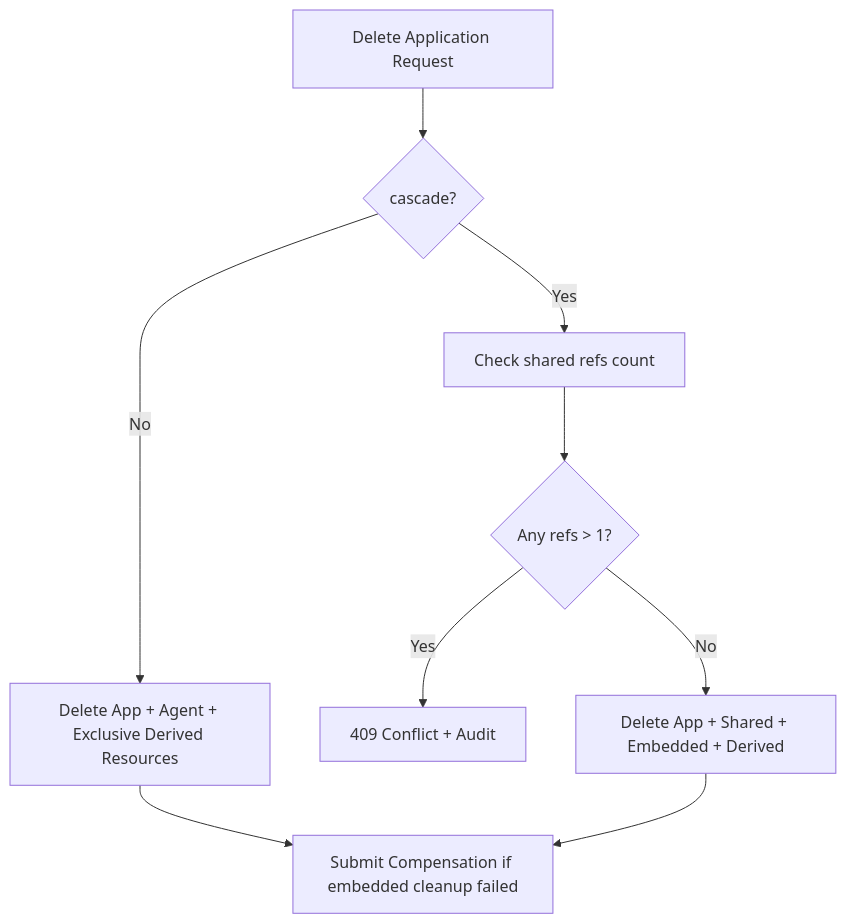
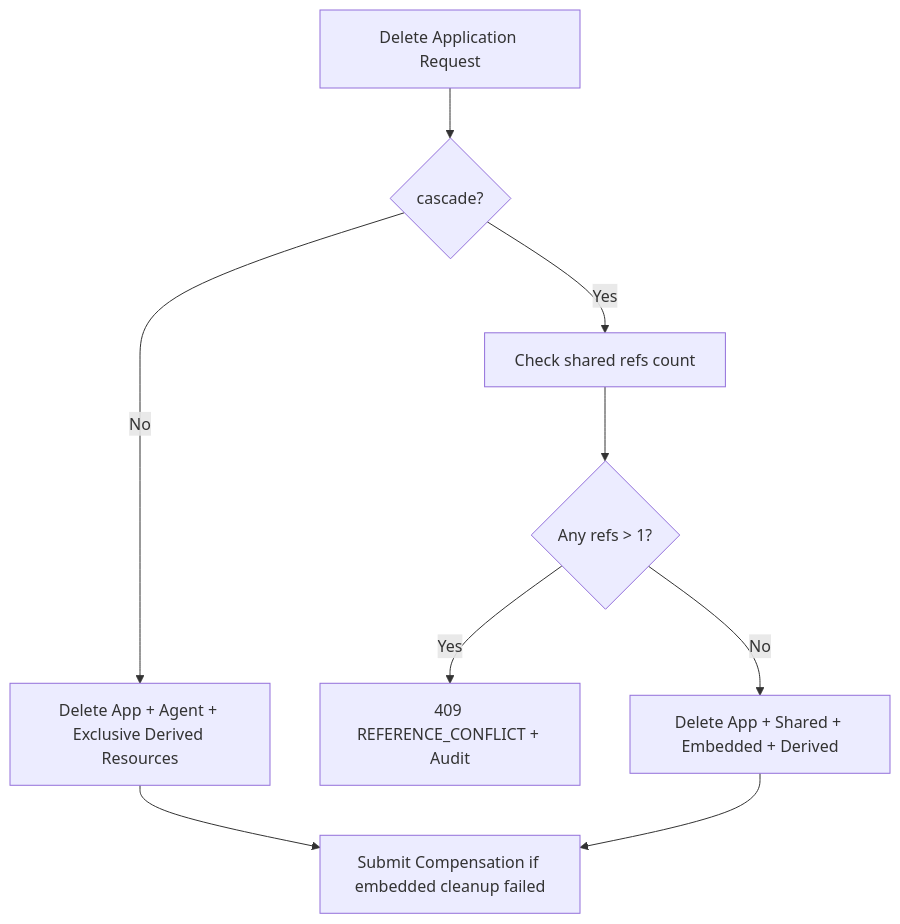
Diagram 22 of 24 in docs/design.md (sentanl869/aether), drawn with Mermaid before and after one commit. The commit also changed other lines of this file and 2 other files, not shown here.

````diff
--- a/docs/design.md
+++ b/docs/design.md
@@ -2613,11 +2623,11 @@
 ```mermaid
 flowchart TD
   A[Delete Application Request] --> B{cascade?}
   B -- No --> C[Delete App + Agent + Exclusive Derived Resources]
   B -- Yes --> D[Check shared refs count]
   D --> E{Any refs > 1?}
-  E -- Yes --> F[409 Conflict + Audit]
+  E -- Yes --> F[409 REFERENCE_CONFLICT + Audit]
   E -- No --> G[Delete App + Shared + Embedded + Derived]
   C --> H[Submit Compensation if embedded cleanup failed]
   G --> H
 ```
````
